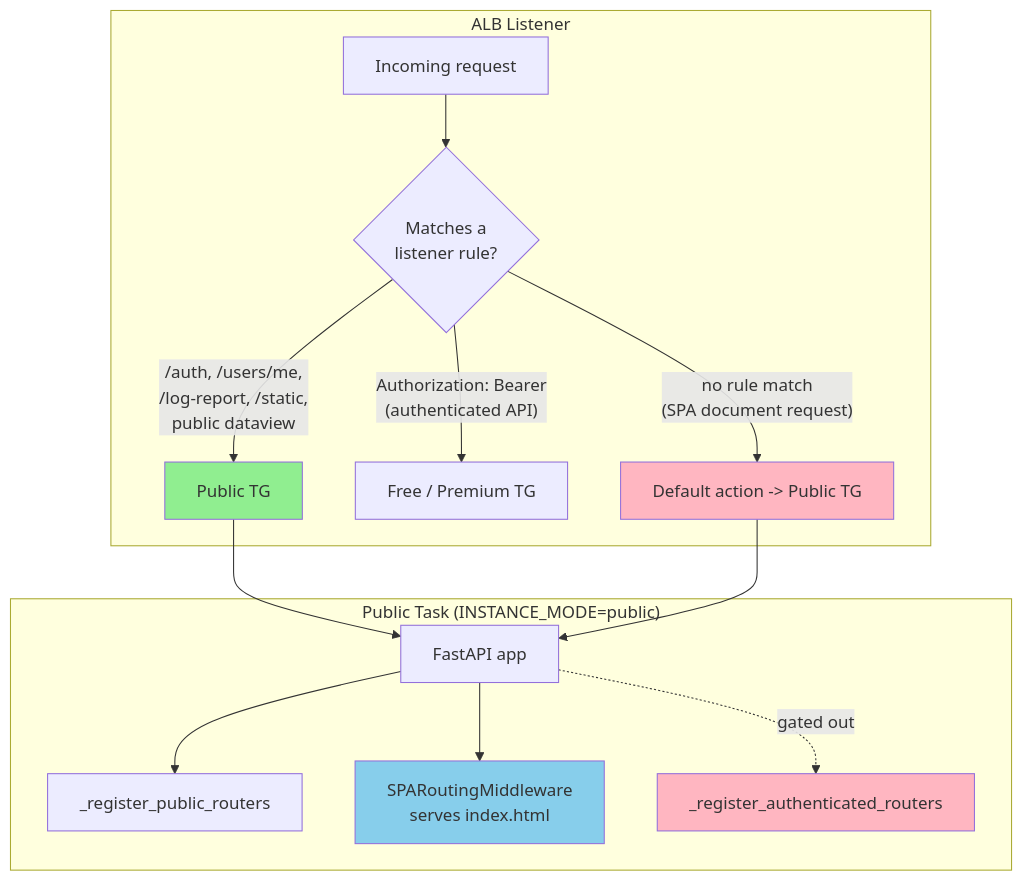
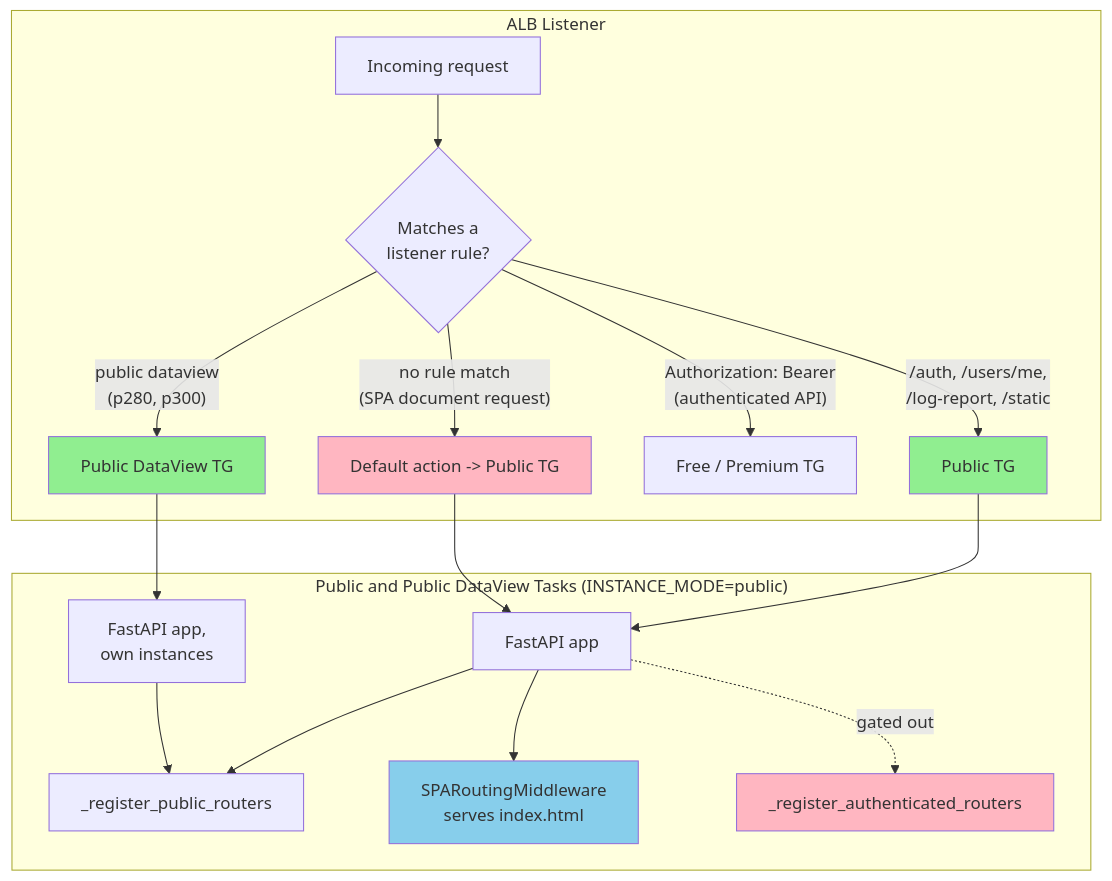
The first of 2 diagrams in infrastructure/documentation/PUBLIC_INSTANCE_ARCHITECTURE.md (arayabrain/araya-optinist), drawn with Mermaid before and after one commit. The commit also changed other lines of this file and 4 other files, not shown here.

Commit message:
Document the public DataView tier: - ALB routing: p280 / p300 target and why the reads have their own tier - Public instance architecture: responsibilities, edge case, configuration, resources - Alarm tables: the tier's two alarms - System test coverage: HEALTH-03 / 05 / 12 / 16 and row 819

````diff
--- a/infrastructure/documentation/PUBLIC_INSTANCE_ARCHITECTURE.md
+++ b/infrastructure/documentation/PUBLIC_INSTANCE_ARCHITECTURE.md
@@ -36,22 +37,26 @@
 ```mermaid
 graph TB
     subgraph "ALB Listener"
         REQ[Incoming request] --> RULES{Matches a<br/>listener rule?}
-        RULES -->|"/auth, /users/me,<br/>/log-report, /static,<br/>public dataview"| PUB[Public TG]
+        RULES -->|"/auth, /users/me,<br/>/log-report, /static"| PUB[Public TG]
+        RULES -->|"public dataview<br/>(p280, p300)"| PDV[Public DataView TG]
         RULES -->|"Authorization: Bearer<br/>(authenticated API)"| OWN[Free / Premium TG]
         RULES -->|"no rule match<br/>(SPA document request)"| DEF[Default action -> Public TG]
     end
 
-    subgraph "Public Task (INSTANCE_MODE=public)"
+    subgraph "Public and Public DataView Tasks (INSTANCE_MODE=public)"
         PUB --> APP[FastAPI app]
         DEF --> APP
+        PDV --> APP2[FastAPI app,<br/>own instances]
         APP --> PR[_register_public_routers]
+        APP2 --> PR
         APP --> SPA[SPARoutingMiddleware<br/>serves index.html]
         APP -.gated out.-> AR[_register_authenticated_routers]
     end
 
     style PUB fill:#90EE90
+    style PDV fill:#90EE90
     style DEF fill:#FFB6C1
     style AR fill:#FFB6C1
     style SPA fill:#87CEEB
 ```
````
